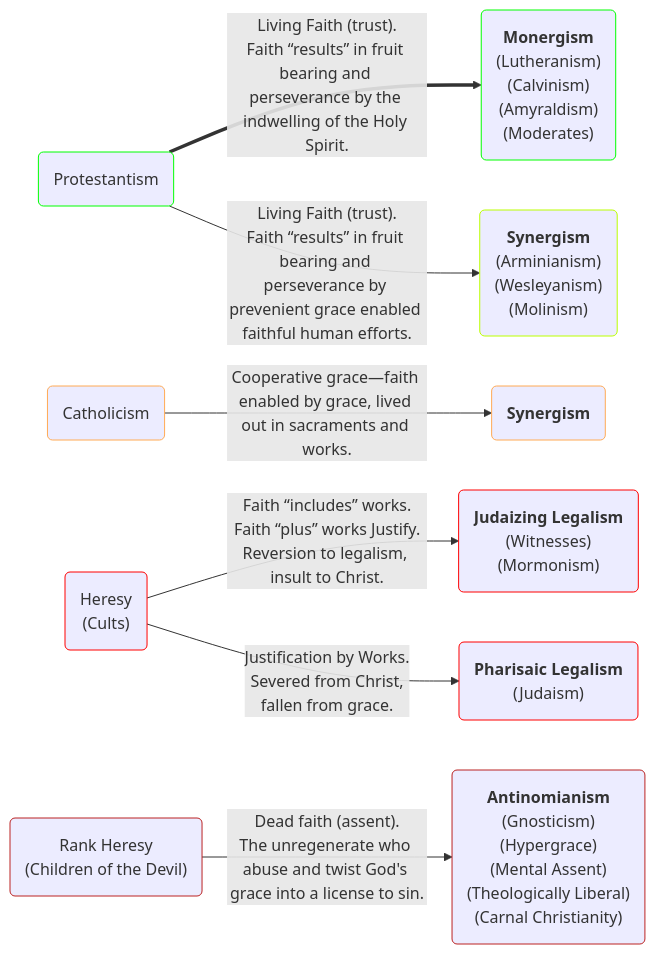
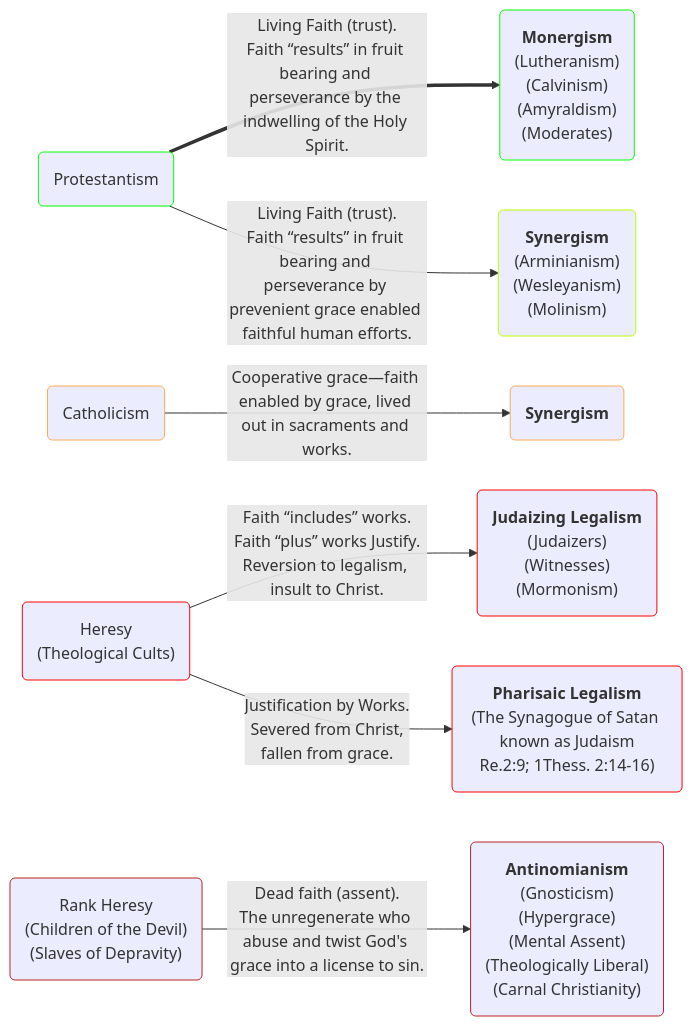
Before and after one commit to OrdoLuminis/ordoluminis.github.io: the first of 2 diagrams in _posts/2025-08-03-historic-protestant-position.markdown, drawn with Mermaid. The commit also changed other lines of this file, not shown here.

````diff
--- a/_posts/2025-08-03-historic-protestant-position.markdown
+++ b/_posts/2025-08-03-historic-protestant-position.markdown
@@ -51,18 +51,18 @@
 ```mermaid
 flowchart LR
     A(Protestantism):::green
     B(Catholicism):::orange
-    C(Heresy<br>&lpar;Cults&rpar;):::red
-    D(Rank Heresy<br>&lpar;Children of the Devil&rpar;):::firebrick
+    C(Heresy<br>&lpar;Theological Cults&rpar;):::red
+    D(Rank Heresy<br>&lpar;Children of the Devil&rpar;<br>&lpar;Slaves of Depravity&rpar;):::firebrick
     A ==>|Living Faith &lpar;trust&rpar;.<br>Faith &ldquo;results&rdquo; in fruit bearing and perseverance by the indwelling of the Holy Spirit.| E(<strong>Monergism</strong><br>&lpar;Lutheranism&rpar;<br>&lpar;Calvinism&rpar;<br>&lpar;Amyraldism&rpar;<br>&lpar;Moderates&rpar;):::green
     A -->|Living Faith &lpar;trust&rpar;.<br>Faith &ldquo;results&rdquo; in fruit bearing and perseverance by prevenient grace enabled faithful human efforts.| F(<strong>Synergism</strong><br>&lpar;Arminianism&rpar;<br>&lpar;Wesleyanism&rpar;<br>&lpar;Molinism&rpar;):::lightgreen
     B -->|Cooperative grace&mdash;faith enabled by grace, lived out in sacraments and works.|G(<strong>Synergism</strong>):::orange
-    C -->|Faith &ldquo;includes&rdquo; works.<br>Faith &ldquo;plus&rdquo; works Justify.<br>Reversion to legalism, insult to Christ.| I(<strong>Judaizing Legalism</strong><br>&lpar;Witnesses&rpar;<br>&lpar;Mormonism&rpar;):::red
-    C -->|Justification by Works.<br>Severed from Christ,<br>fallen from grace.| H(<strong>Pharisaic Legalism</strong><br>&lpar;Judaism&rpar;):::red
+    C -->|Faith &ldquo;includes&rdquo; works.<br>Faith &ldquo;plus&rdquo; works Justify.<br>Reversion to legalism, insult to Christ.| I(<strong>Judaizing Legalism</strong><br>&lpar;Judaizers&rpar;<br>&lpar;Witnesses&rpar;<br>&lpar;Mormonism&rpar;):::red
+    C -->|Justification by Works.<br>Severed from Christ,<br>fallen from grace.| H(<strong>Pharisaic Legalism</strong><br>&lpar;The Synagogue of Satan known as Judaism<br>Re.2:9; 1Thess. 2:14-16&rpar;):::red
     D -->|Dead faith &lpar;assent&rpar;.<br>The unregenerate who abuse and twist God's grace into a license to sin.| J(<strong>Antinomianism</strong><br>&lpar;Gnosticism&rpar;<br>&lpar;Hypergrace&rpar;<br>&lpar;Mental Assent&rpar;<br>&lpar;Theologically Liberal&rpar;<br>&lpar;Carnal Christianity&rpar;):::firebrick
     classDef red stroke:#f00
     classDef green stroke:#0f0
     classDef lightgreen stroke:#Bf0
     classDef orange stroke:#fa5
     classDef firebrick stroke:#b22
 ```
````
